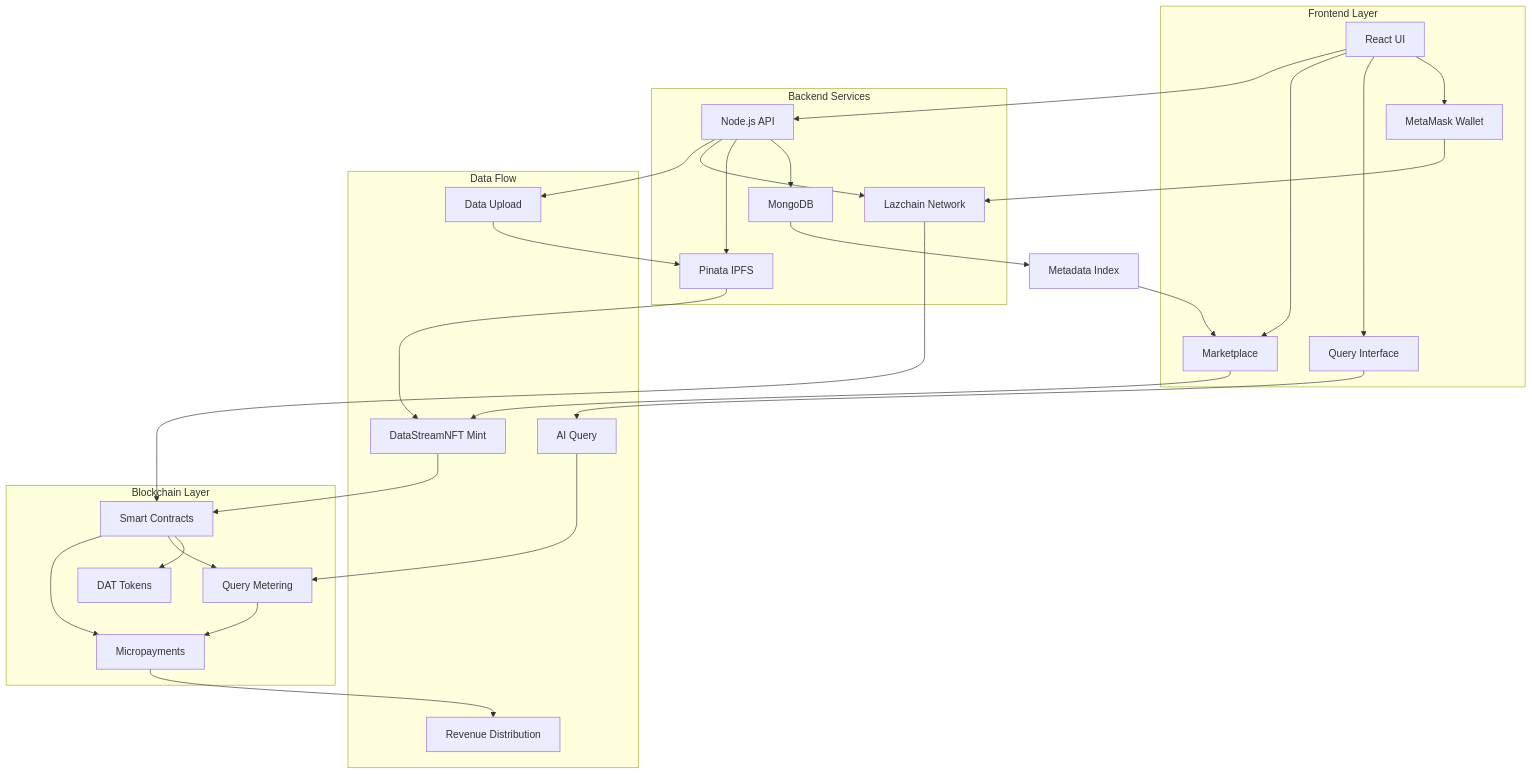
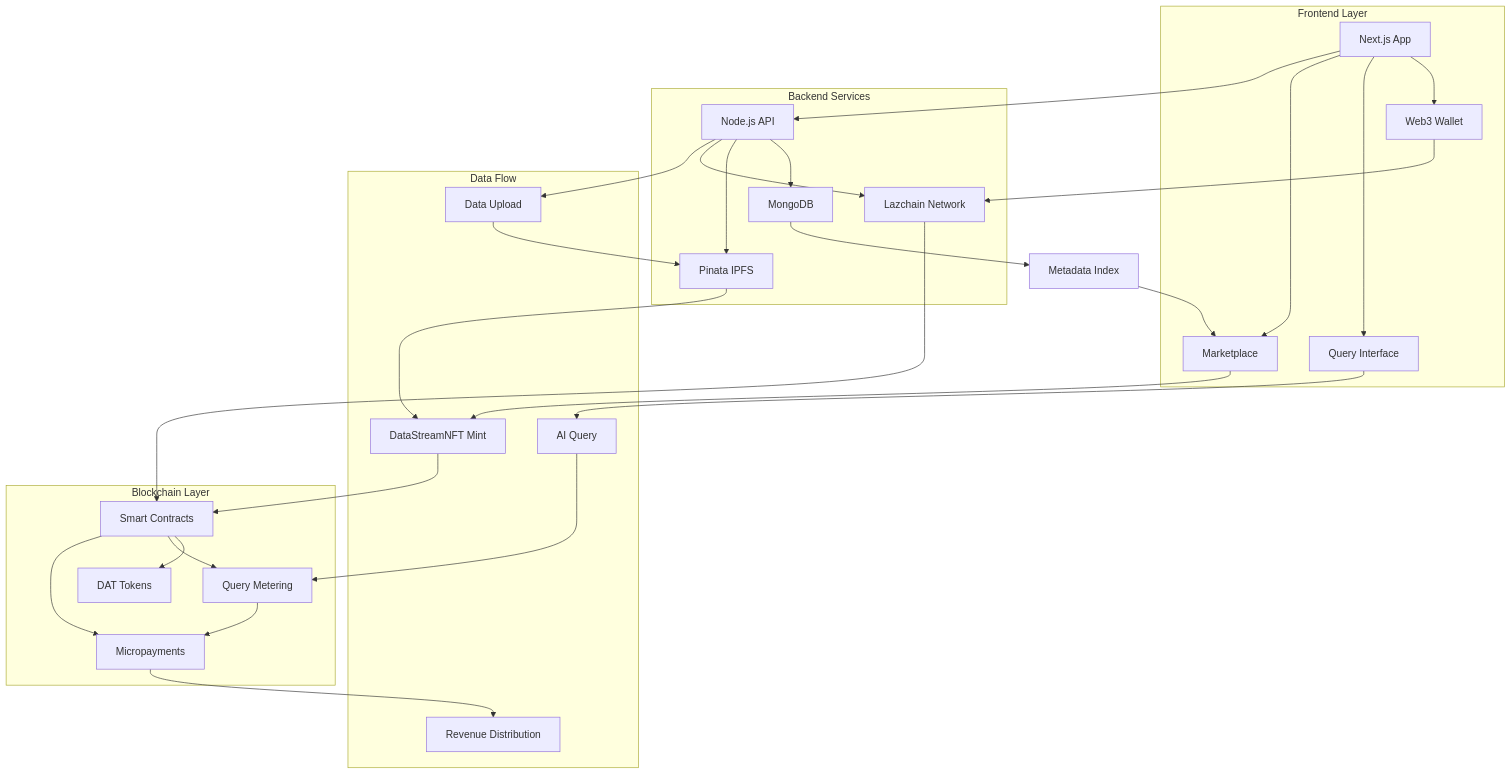
Before and after one commit to JustineDevs/LazAI-Workshop: the diagram in README.md, drawn with Mermaid. The commit also changed other lines of this file and 71 other files, not shown here.

````diff
--- a/README.md
+++ b/README.md
@@ -40,38 +40,38 @@
 ```mermaid
 graph TB
     subgraph "Frontend Layer"
-        A[React UI] --> B[MetaMask Wallet]
+        A[Next.js App] --> B[Web3 Wallet]
         A --> C[Query Interface]
         A --> D[Marketplace]
     end
     
     subgraph "Backend Services"
         E[Node.js API] --> F[MongoDB]
         E --> G[Pinata IPFS]
         E --> H[Lazchain Network]
     end
     
     subgraph "Blockchain Layer"
         H --> I[Smart Contracts]
         I --> J[DAT Tokens]
         I --> K[Query Metering]
         I --> L[Micropayments]
     end
     
     subgraph "Data Flow"
         M[Data Upload] --> G
         G --> N[DataStreamNFT Mint]
         N --> I
         O[AI Query] --> K
         K --> L
         L --> P[Revenue Distribution]
     end
     
     A --> E
     B --> H
     C --> O
     D --> N
     E --> M
     F --> Q[Metadata Index]
     Q --> D
 ```
````
